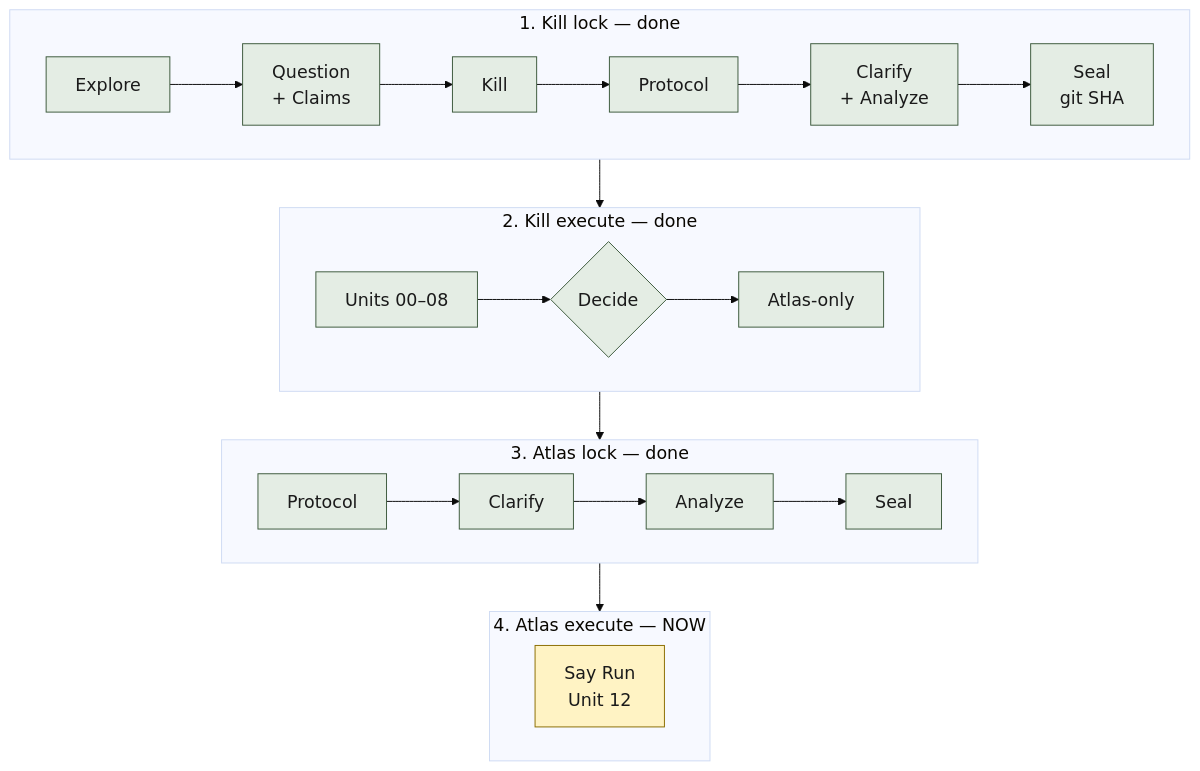
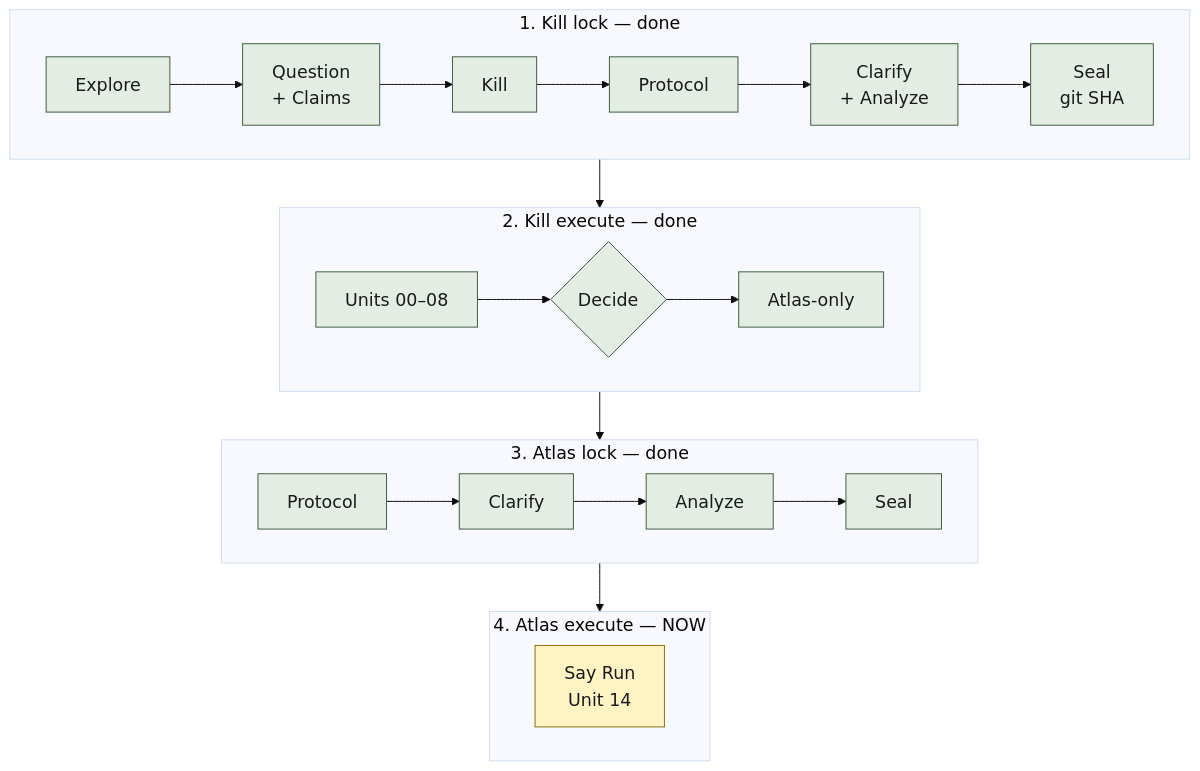
Before and after one commit to cauld/scendo: the diagram in docs/diagrams/seal-loop.mmd, drawn with Mermaid. The commit also changed 20 other files, not shown here.

```diff
--- a/docs/diagrams/seal-loop.mmd
+++ b/docs/diagrams/seal-loop.mmd
@@ -1,37 +1,37 @@
 %%{init: {"theme": "base", "themeVariables": {"fontSize": "18px", "fontFamily": "Helvetica, Arial, sans-serif"}} }%%
 flowchart TB
   subgraph lock["1. Kill lock — done"]
     direction LR
     E[Explore] --> Q[Question<br/>+ Claims]
     Q --> K[Kill]
     K --> P[Protocol]
     P --> CA[Clarify<br/>+ Analyze]
     CA --> S[Seal<br/>git SHA]
   end
 
   subgraph exec["2. Kill execute — done"]
     direction LR
     U[Units 00–08] --> D{Decide}
     D --> AT[Atlas-only]
   end
 
   subgraph atlas["3. Atlas lock — done"]
     direction LR
     AP[Protocol] --> CL[Clarify]
     CL --> AA[Analyze]
     AA --> AS[Seal]
   end
 
   subgraph run["4. Atlas execute — NOW"]
     direction LR
-    R["Say Run<br/>Unit 12"]
+    R["Say Run<br/>Unit 14"]
   end
 
   S --> U
   AT --> AP
   AS --> R
 
   classDef done fill:#E4EDE4,stroke:#3D5A3D,color:#1A1A1A
   classDef now fill:#FFF3C4,stroke:#8A6D00,color:#1A1A1A
   class E,Q,K,P,CA,S,U,D,AT,AP,CL,AA,AS done
   class R now
```
